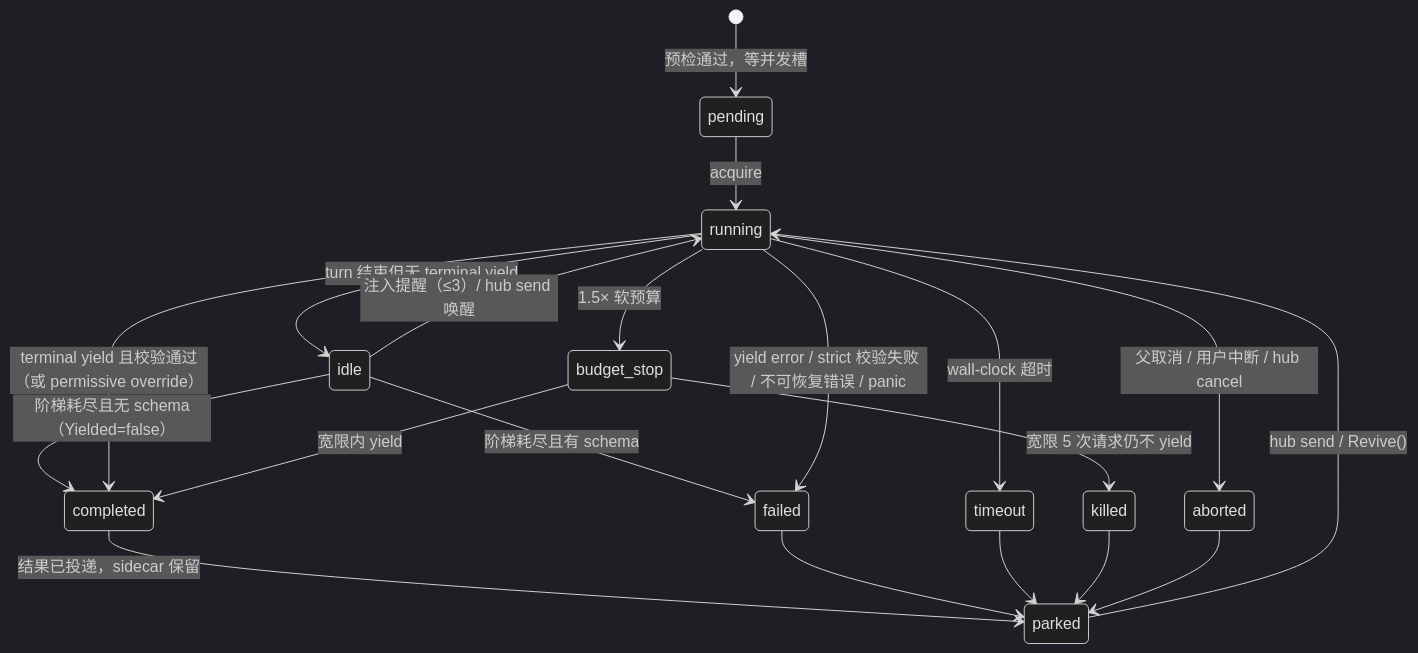
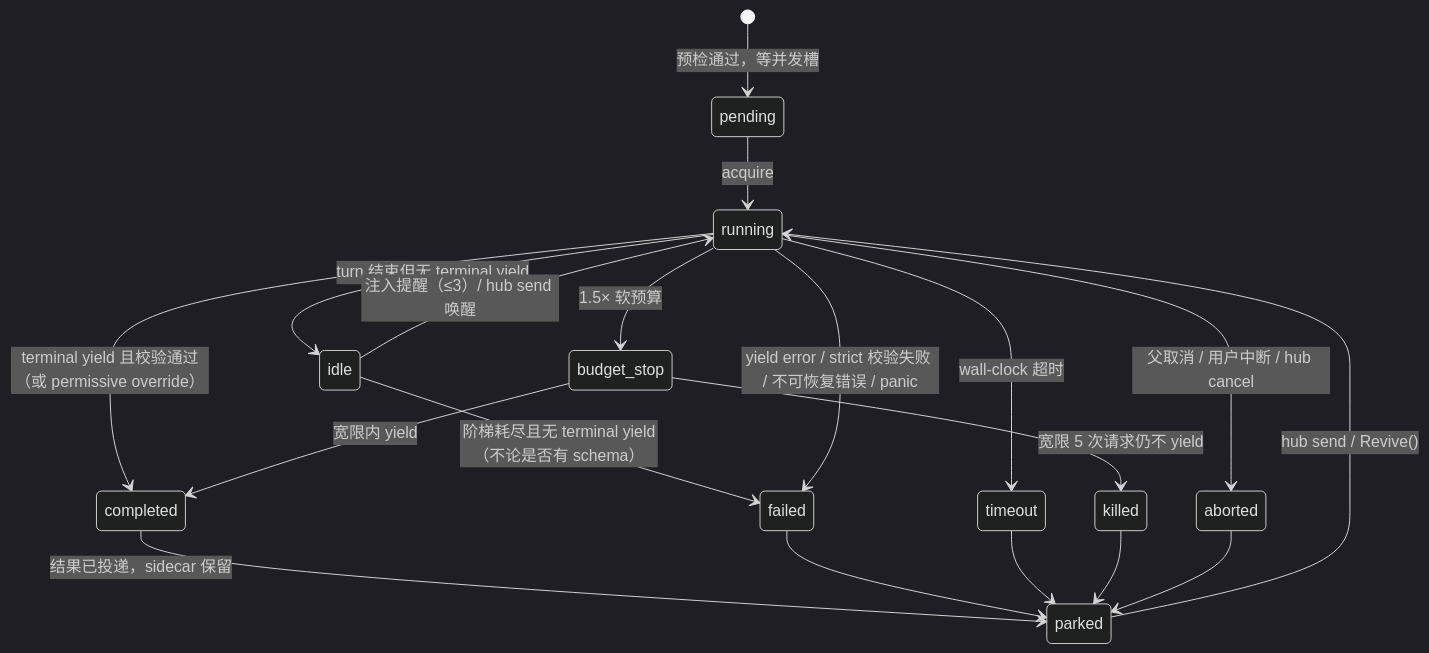
Before and after one commit to CyanYuMu/codingAgent: the diagram in docs/specs/phase-9-delegation-runtime.md, drawn with Mermaid (dark theme). The commit also changed other lines of this file and 45 other files, not shown here.

````diff
--- a/docs/specs/phase-9-delegation-runtime.md
+++ b/docs/specs/phase-9-delegation-runtime.md
@@ -395,22 +395,21 @@
 ```mermaid
 stateDiagram-v2
     [*] --> pending: 预检通过，等并发槽
     pending --> running: acquire
     running --> idle: turn 结束但无 terminal yield
     idle --> running: 注入提醒（≤3）/ hub send 唤醒
-    idle --> completed: 阶梯耗尽且无 schema（Yielded=false）
-    idle --> failed: 阶梯耗尽且有 schema
+    idle --> failed: 阶梯耗尽且无 terminal yield（不论是否有 schema）
     running --> completed: terminal yield 且校验通过（或 permissive override）
     running --> failed: yield error / strict 校验失败 / 不可恢复错误 / panic
     running --> timeout: wall-clock 超时
     running --> budget_stop: 1.5× 软预算
     budget_stop --> completed: 宽限内 yield
     budget_stop --> killed: 宽限 5 次请求仍不 yield
     running --> aborted: 父取消 / 用户中断 / hub cancel
     completed --> parked: 结果已投递，sidecar 保留
     failed --> parked
     timeout --> parked
     killed --> parked
     aborted --> parked
     parked --> running: hub send / Revive()
 ```
````
